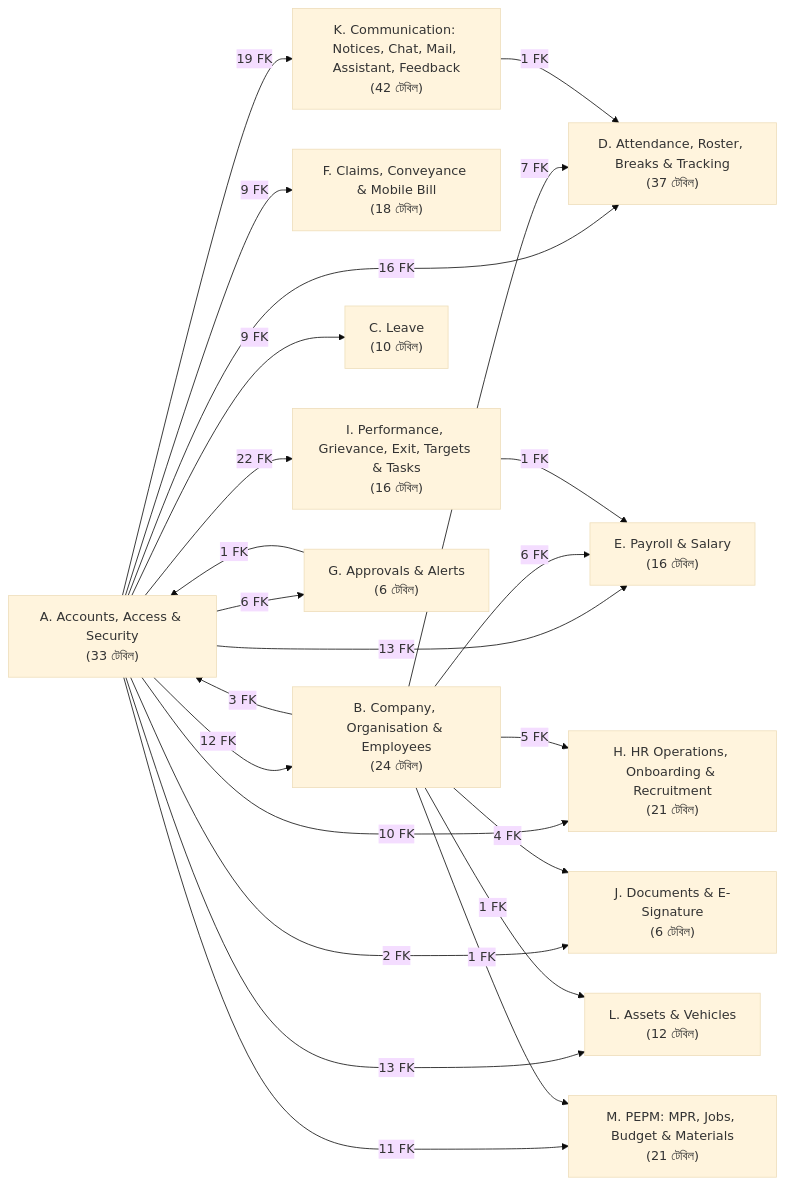
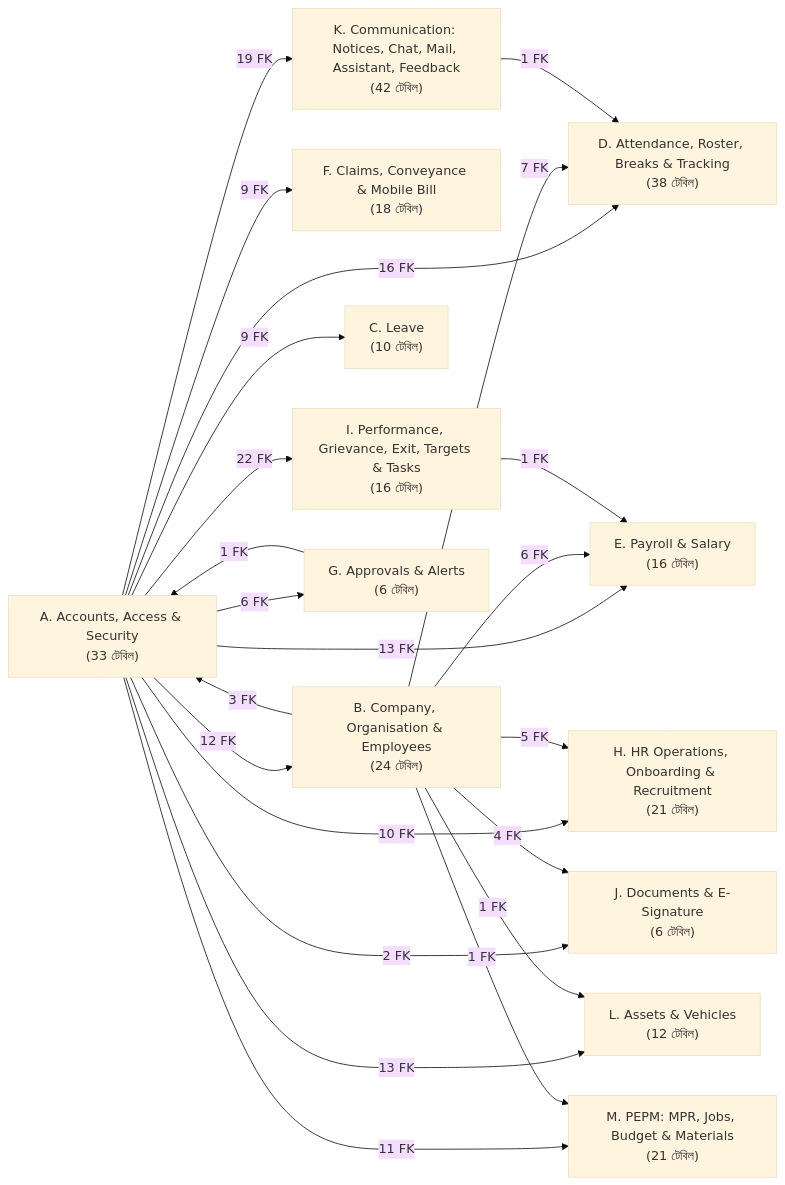
The diagram in docs/architecture/database/diagrams/00-module-map.mmd (ruhulamencredence/CredenceHR), drawn with Mermaid (base theme) before and after one commit. The commit also changed 16 other files, not shown here.

Commit message:
docs: auto-sync architecture docs with 86790ac

```diff
--- a/docs/architecture/database/diagrams/00-module-map.mmd
+++ b/docs/architecture/database/diagrams/00-module-map.mmd
@@ -1,36 +1,36 @@
 flowchart LR
   K["K. Communication: Notices, Chat, Mail, Assistant, Feedback<br/>(42 টেবিল)"]
   H["H. HR Operations, Onboarding & Recruitment<br/>(21 টেবিল)"]
-  D["D. Attendance, Roster, Breaks & Tracking<br/>(37 টেবিল)"]
+  D["D. Attendance, Roster, Breaks & Tracking<br/>(38 টেবিল)"]
   A["A. Accounts, Access & Security<br/>(33 টেবিল)"]
   M["M. PEPM: MPR, Jobs, Budget & Materials<br/>(21 টেবিল)"]
   F["F. Claims, Conveyance & Mobile Bill<br/>(18 টেবিল)"]
   B["B. Company, Organisation & Employees<br/>(24 টেবিল)"]
   C["C. Leave<br/>(10 টেবিল)"]
   L["L. Assets & Vehicles<br/>(12 টেবিল)"]
   J["J. Documents & E-Signature<br/>(6 টেবিল)"]
   E["E. Payroll & Salary<br/>(16 টেবিল)"]
   I["I. Performance, Grievance, Exit, Targets & Tasks<br/>(16 টেবিল)"]
   G["G. Approvals & Alerts<br/>(6 টেবিল)"]
   A -->|12 FK| B
   A -->|9 FK| C
   A -->|16 FK| D
   A -->|13 FK| E
   A -->|9 FK| F
   A -->|6 FK| G
   A -->|10 FK| H
   A -->|22 FK| I
   A -->|2 FK| J
   A -->|19 FK| K
   A -->|13 FK| L
   A -->|11 FK| M
   B -->|3 FK| A
   B -->|7 FK| D
   B -->|6 FK| E
   B -->|5 FK| H
   B -->|4 FK| J
   B -->|1 FK| L
   B -->|1 FK| M
   G -->|1 FK| A
   I -->|1 FK| E
   K -->|1 FK| D
```
